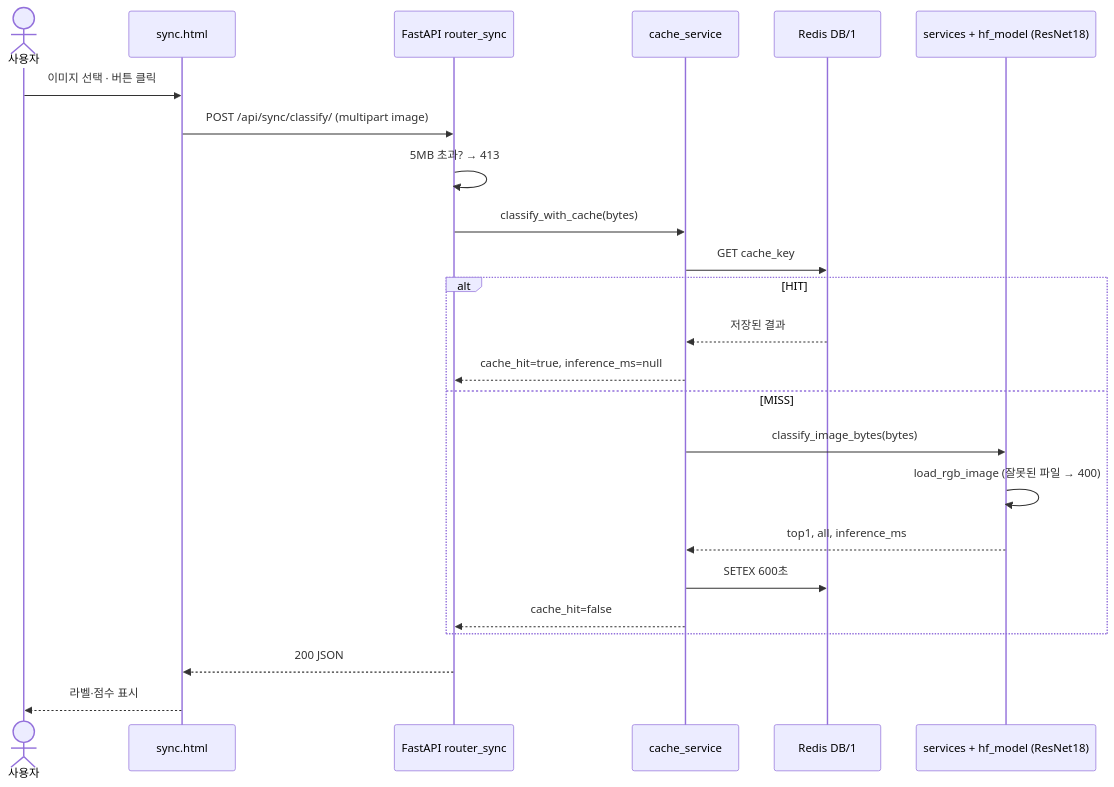
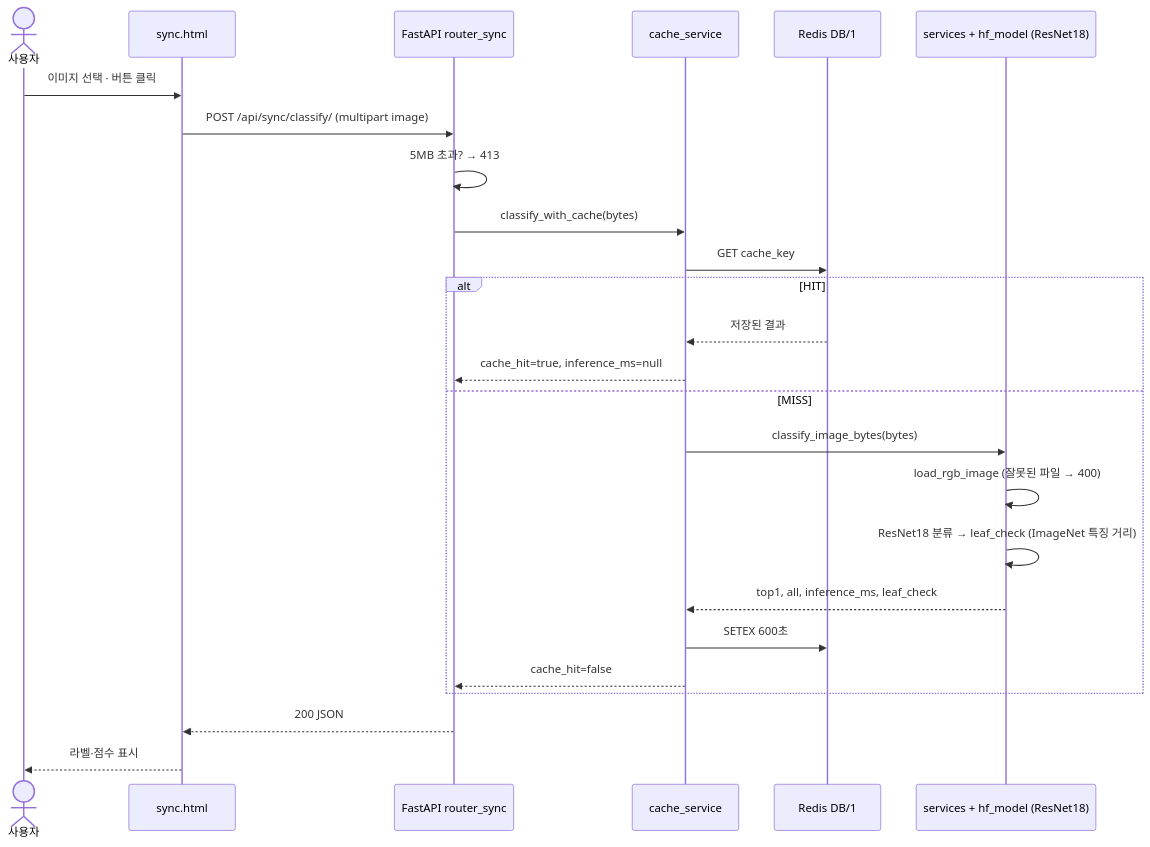
Before and after one commit to gksk9063-ops/beans-fastapi: the first of 3 diagrams in reports/05_AI버튼_처리흐름.md, drawn with Mermaid. The commit also changed other lines of this file and 11 other files, not shown here.

````diff
--- a/reports/05_AI버튼_처리흐름.md
+++ b/reports/05_AI버튼_처리흐름.md
@@ -5,26 +5,27 @@
 ```mermaid
 sequenceDiagram
   actor U as 사용자
   participant H as sync.html
   participant F as FastAPI router_sync
   participant C as cache_service
   participant R as Redis DB/1
   participant M as services + hf_model (ResNet18)
   U->>H: 이미지 선택 · 버튼 클릭
   H->>F: POST /api/sync/classify/ (multipart image)
   F->>F: 5MB 초과? → 413
   F->>C: classify_with_cache(bytes)
   C->>R: GET cache_key
   alt HIT
     R-->>C: 저장된 결과
     C-->>F: cache_hit=true, inference_ms=null
   else MISS
     C->>M: classify_image_bytes(bytes)
     M->>M: load_rgb_image (잘못된 파일 → 400)
-    M-->>C: top1, all, inference_ms
+    M->>M: ResNet18 분류 → leaf_check (ImageNet 특징 거리)
+    M-->>C: top1, all, inference_ms, leaf_check
     C->>R: SETEX 600초
     C-->>F: cache_hit=false
   end
   F-->>H: 200 JSON
   H-->>U: 라벨·점수 표시
 ```
````
